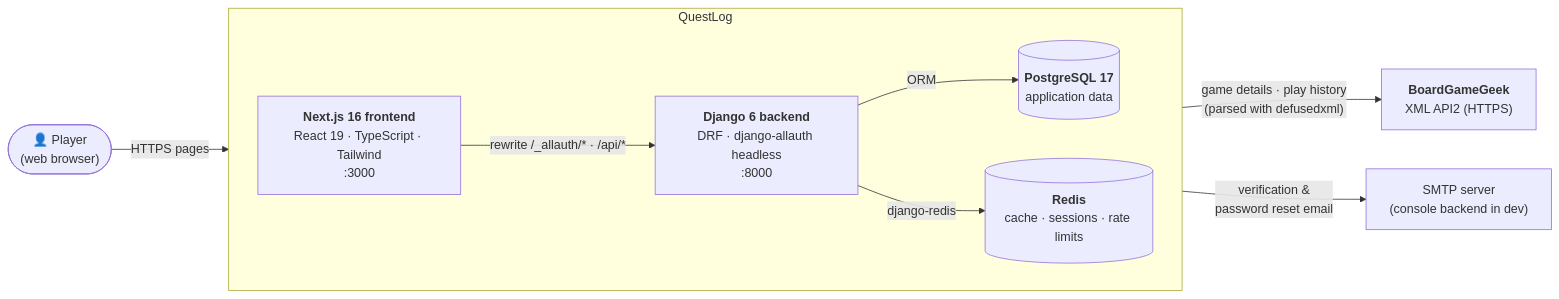
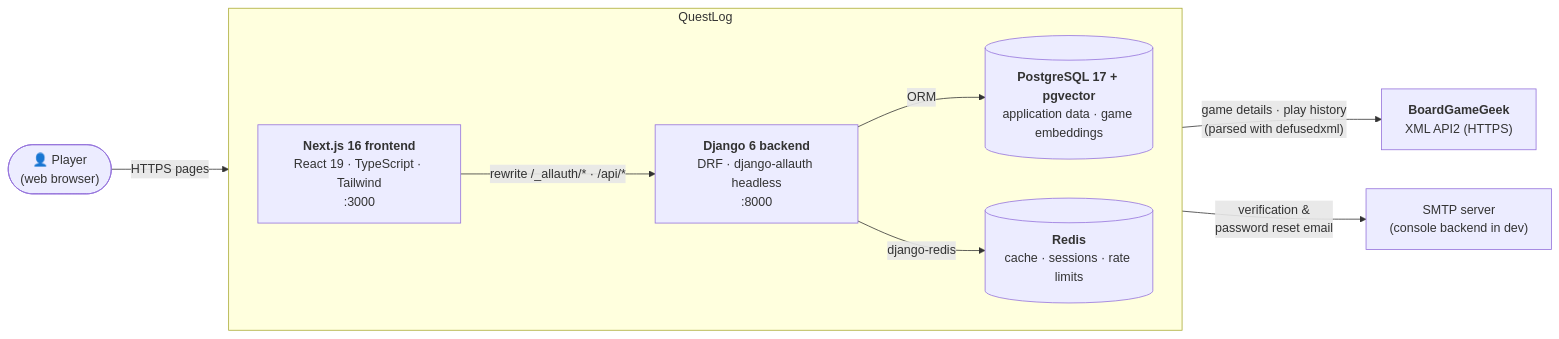
Before and after one commit to CS598SeniorDesign/CS598-Project: the first of 13 diagrams in docs/ARCHITECTURE.md, drawn with Mermaid. The commit also changed other lines of this file and 20 other files, not shown here.

````diff
--- a/docs/ARCHITECTURE.md
+++ b/docs/ARCHITECTURE.md
@@ -33,22 +33,22 @@
 ```mermaid
 flowchart LR
     user(["👤 Player<br/>(web browser)"])
 
     subgraph questlog["QuestLog"]
         direction LR
         next["<b>Next.js 16 frontend</b><br/>React 19 · TypeScript · Tailwind<br/>:3000"]
         django["<b>Django 6 backend</b><br/>DRF · django-allauth headless<br/>:8000"]
-        pg[("<b>PostgreSQL 17</b><br/>application data")]
+        pg[("<b>PostgreSQL 17 + pgvector</b><br/>application data · game embeddings")]
         redis[("<b>Redis</b><br/>cache · sessions · rate limits")]
     end
 
     bgg["<b>BoardGameGeek</b><br/>XML API2 (HTTPS)"]
     smtp["SMTP server<br/>(console backend in dev)"]
 
     user -- "HTTPS pages" --> next
     next -- "rewrite /_allauth/* · /api/*" --> django
     django -- "ORM" --> pg
     django -- "django-redis" --> redis
     django -- "game details · play history<br/>(parsed with defusedxml)" --> bgg
     django -- "verification &<br/>password reset email" --> smtp
 ```
````
